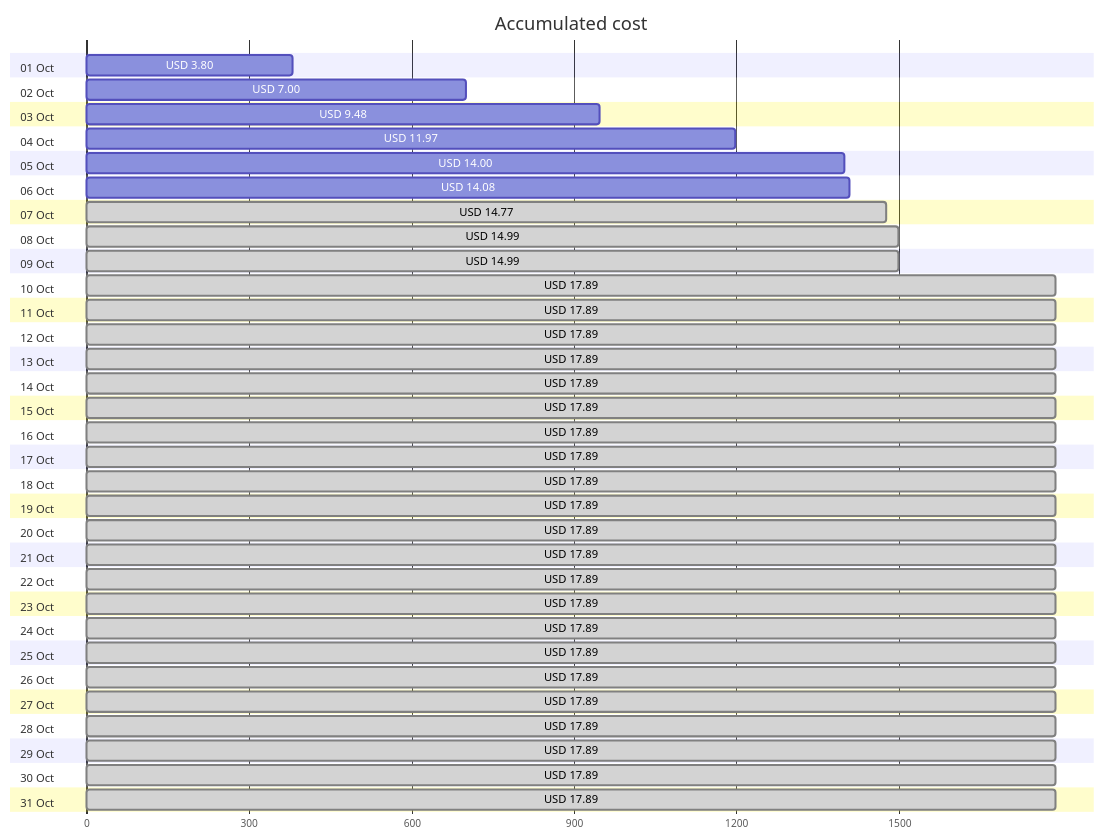
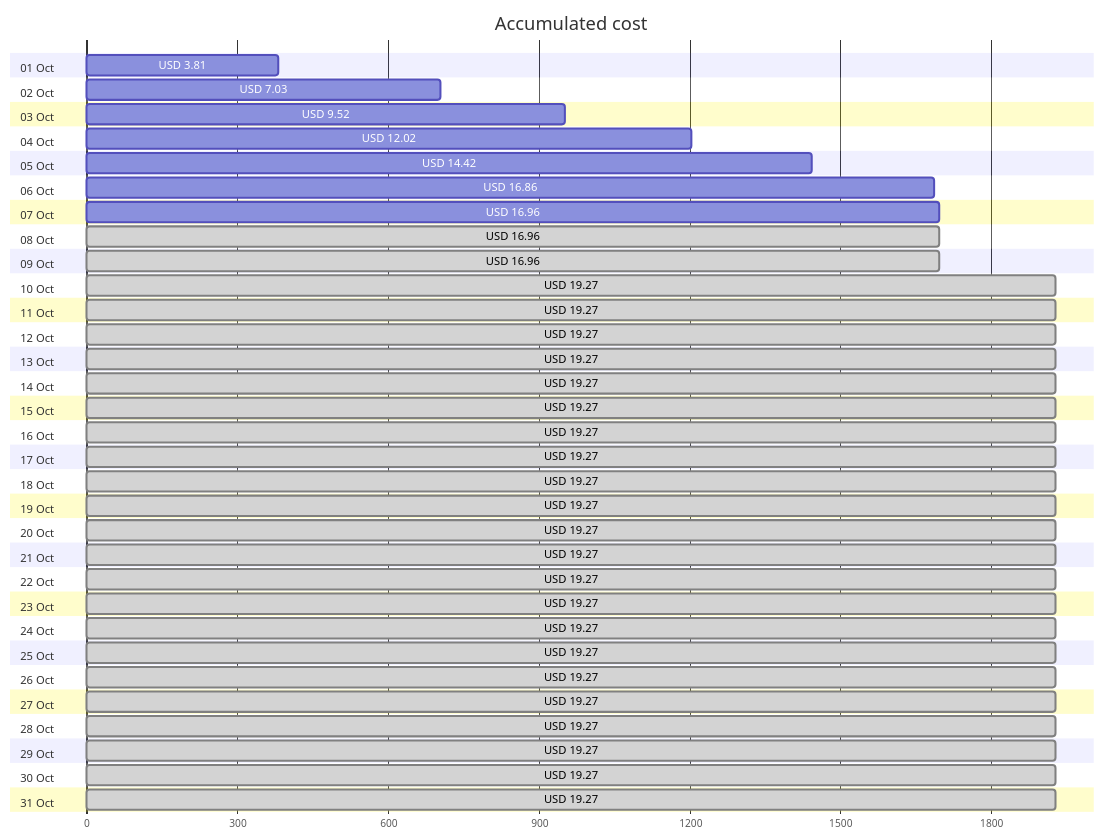
Before and after one commit to jpfulton/azure-personal-reports: the first of 4 diagrams in cost-reports/accumulated-cost.md, drawn with Mermaid. The commit also changed other lines of this file and 4 other files, not shown here.

````diff
--- a/cost-reports/accumulated-cost.md
+++ b/cost-reports/accumulated-cost.md
@@ -20,68 +20,68 @@
 ```mermaid
 gantt
    title Accumulated cost
    dateFormat  X
    axisFormat %s
    section 01 Oct
-   USD 3.80 :0, 380
+   USD 3.81 :0, 381
    section 02 Oct
-   USD 7.00 :0, 700
+   USD 7.03 :0, 703
    section 03 Oct
-   USD 9.48 :0, 948
+   USD 9.52 :0, 952
    section 04 Oct
-   USD 11.97 :0, 1197
+   USD 12.02 :0, 1202
    section 05 Oct
-   USD 14.00 :0, 1400
+   USD 14.42 :0, 1442
    section 06 Oct
-   USD 14.08 :0, 1408
+   USD 16.86 :0, 1686
    section 07 Oct
-   USD 14.77 : done, 0, 1477
+   USD 16.96 :0, 1696
    section 08 Oct
-   USD 14.99 : done, 0, 1499
+   USD 16.96 : done, 0, 1696
    section 09 Oct
-   USD 14.99 : done, 0, 1499
+   USD 16.96 : done, 0, 1696
    section 10 Oct
-   USD 17.89 : done, 0, 1789
+   USD 19.27 : done, 0, 1927
    section 11 Oct
-   USD 17.89 : done, 0, 1789
+   USD 19.27 : done, 0, 1927
    section 12 Oct
-   USD 17.89 : done, 0, 1789
+   USD 19.27 : done, 0, 1927
    section 13 Oct
-   USD 17.89 : done, 0, 1789
+   USD 19.27 : done, 0, 1927
    section 14 Oct
-   USD 17.89 : done, 0, 1789
+   USD 19.27 : done, 0, 1927
    section 15 Oct
-   USD 17.89 : done, 0, 1789
+   USD 19.27 : done, 0, 1927
    section 16 Oct
-   USD 17.89 : done, 0, 1789
+   USD 19.27 : done, 0, 1927
    section 17 Oct
-   USD 17.89 : done, 0, 1789
+   USD 19.27 : done, 0, 1927
    section 18 Oct
-   USD 17.89 : done, 0, 1789
+   USD 19.27 : done, 0, 1927
    section 19 Oct
-   USD 17.89 : done, 0, 1789
+   USD 19.27 : done, 0, 1927
    section 20 Oct
-   USD 17.89 : done, 0, 1789
+   USD 19.27 : done, 0, 1927
    section 21 Oct
-   USD 17.89 : done, 0, 1789
+   USD 19.27 : done, 0, 1927
    section 22 Oct
-   USD 17.89 : done, 0, 1789
+   USD 19.27 : done, 0, 1927
    section 23 Oct
-   USD 17.89 : done, 0, 1789
+   USD 19.27 : done, 0, 1927
    section 24 Oct
-   USD 17.89 : done, 0, 1789
+   USD 19.27 : done, 0, 1927
    section 25 Oct
-   USD 17.89 : done, 0, 1789
+   USD 19.27 : done, 0, 1927
    section 26 Oct
-   USD 17.89 : done, 0, 1789
+   USD 19.27 : done, 0, 1927
    section 27 Oct
-   USD 17.89 : done, 0, 1789
+   USD 19.27 : done, 0, 1927
    section 28 Oct
-   USD 17.89 : done, 0, 1789
+   USD 19.27 : done, 0, 1927
    section 29 Oct
-   USD 17.89 : done, 0, 1789
+   USD 19.27 : done, 0, 1927
    section 30 Oct
-   USD 17.89 : done, 0, 1789
+   USD 19.27 : done, 0, 1927
    section 31 Oct
-   USD 17.89 : done, 0, 1789
+   USD 19.27 : done, 0, 1927
 ```
````
